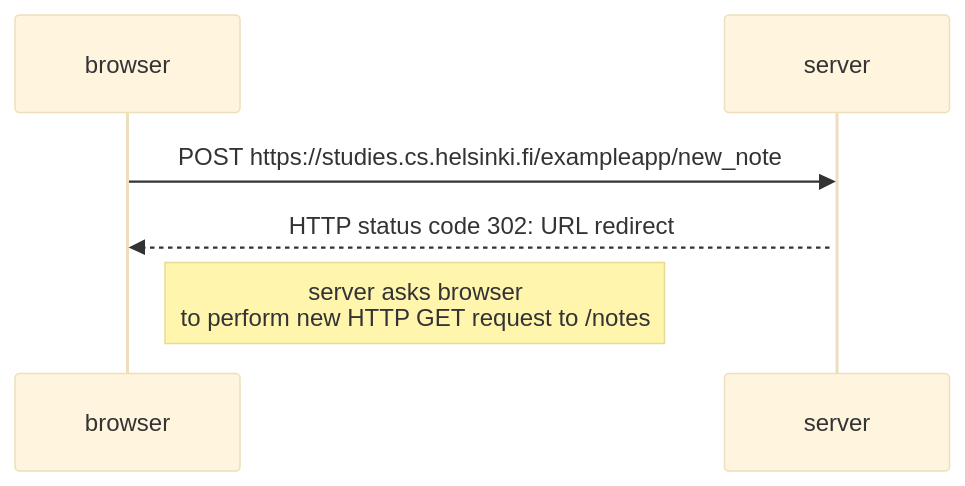
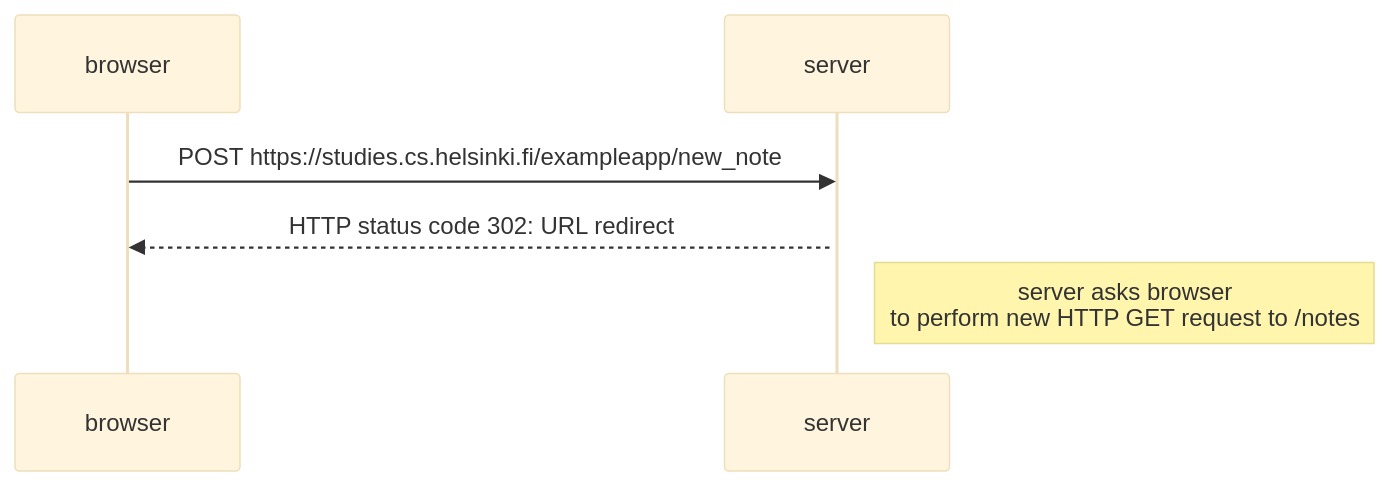
The diagram in part0/exercise0-4.md (valli259/Fullstack-exercises), drawn with Mermaid (base theme) before and after one commit.

````diff
--- a/part0/exercise0-4.md
+++ b/part0/exercise0-4.md
@@ -1,9 +1,9 @@
 ```mermaid
   sequenceDiagram
     participant browser
     participant server
     browser->>server: POST https://studies.cs.helsinki.fi/exampleapp/new_note
 activate server
 server-->>browser: HTTP status code 302: URL redirect
-Note right of browser: server asks browser <br> to perform new HTTP GET request to /notes
+Note right of server: server asks browser <br> to perform new HTTP GET request to /notes
 ```
````
